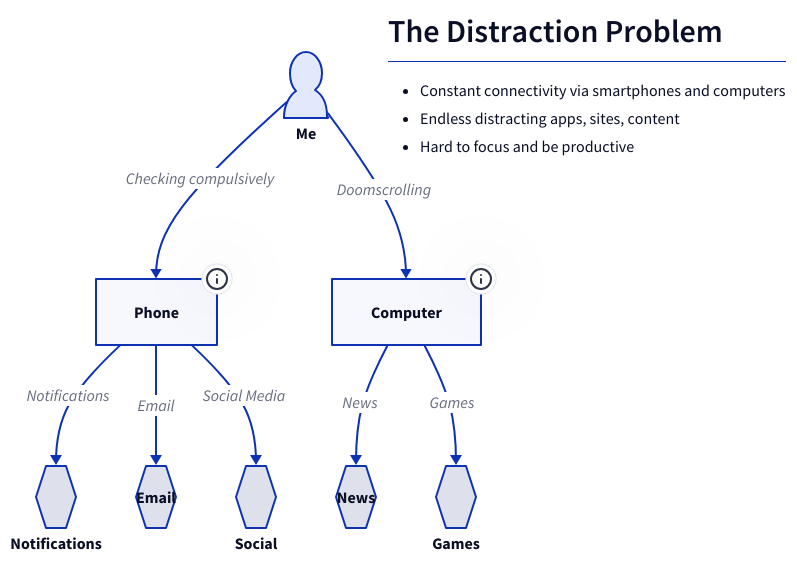
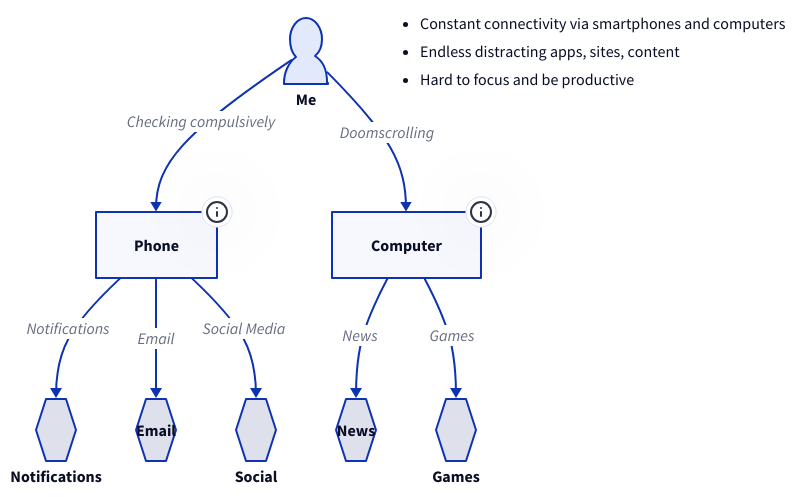
Before and after one commit to shashankpritam/shashankpritam.github.io: the diagram in content/blog/distractions/distraction.d2, drawn with D2. The commit also changed 5 other files, not shown here.

```diff
--- a/content/blog/distractions/distraction.d2
+++ b/content/blog/distractions/distraction.d2
@@ -1,53 +1,52 @@
 direction: down
 
 classes: {
   person: {
     shape: person
   }
 
   phone: {
     shape: hexagon
     width: 60
   }
 
   computer: {
     shape: monitor
     width: 100
   }
 
   app: {
     shape: hexagon
     width: 40
   }
 }
 Me.class: person
 
 Phone: {
   tooltip: Smartphones provide constant distractions with notifications, apps, social media.
 }
 
 Computer: {
   tooltip: Computers enable countless online distractions like email, news, videos, games.
 }
 
 Notifications.class: app
 Email.class: app
 Social.class: app
 News.class: app
 Games.class: app
 
 Me -> Phone: Checking compulsively
 Me -> Computer: Doomscrolling
 Phone -> Notifications: {label: Notifications}
 Phone -> Email: {label: Email}
 Phone -> Social: {label: Social Media}
 Computer -> News: {label: News}
 Computer -> Games: {label: Games}
 
 explanation: |md
-  # The Distraction Problem 
-
+   
   - Constant connectivity via smartphones and computers
   - Endless distracting apps, sites, content
   - Hard to focus and be productive
 |
```
